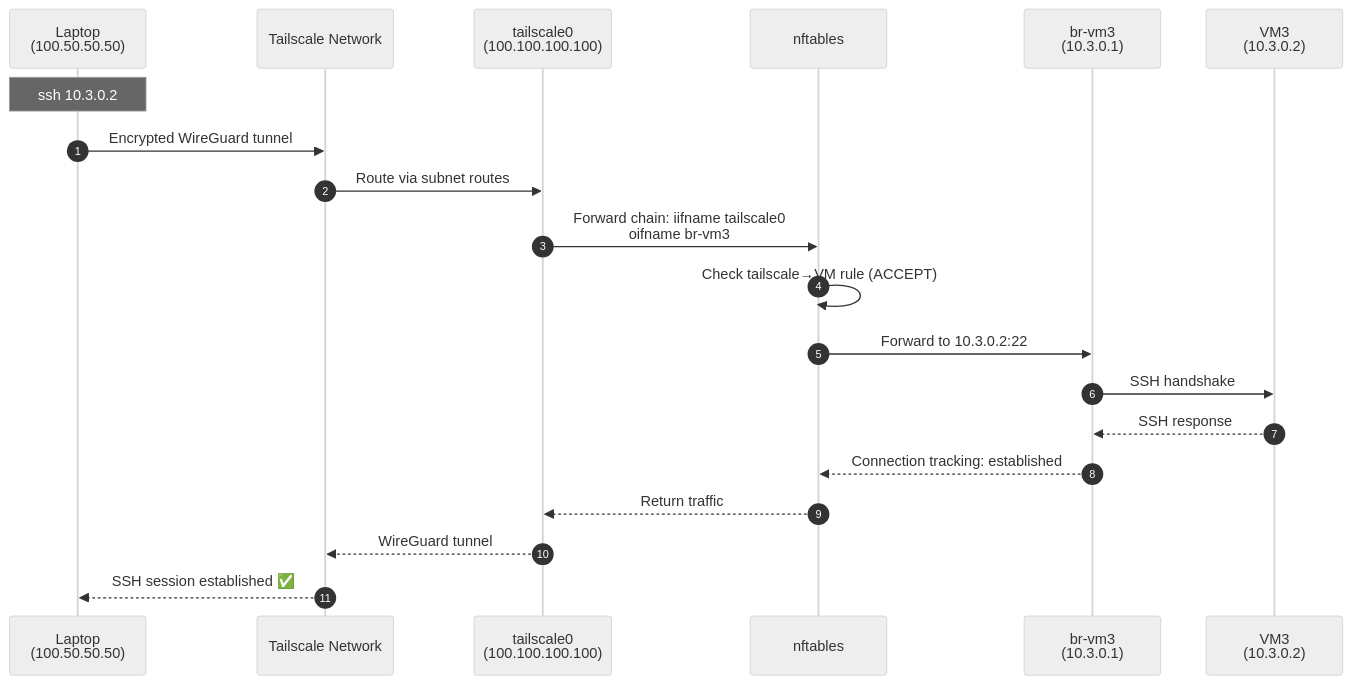
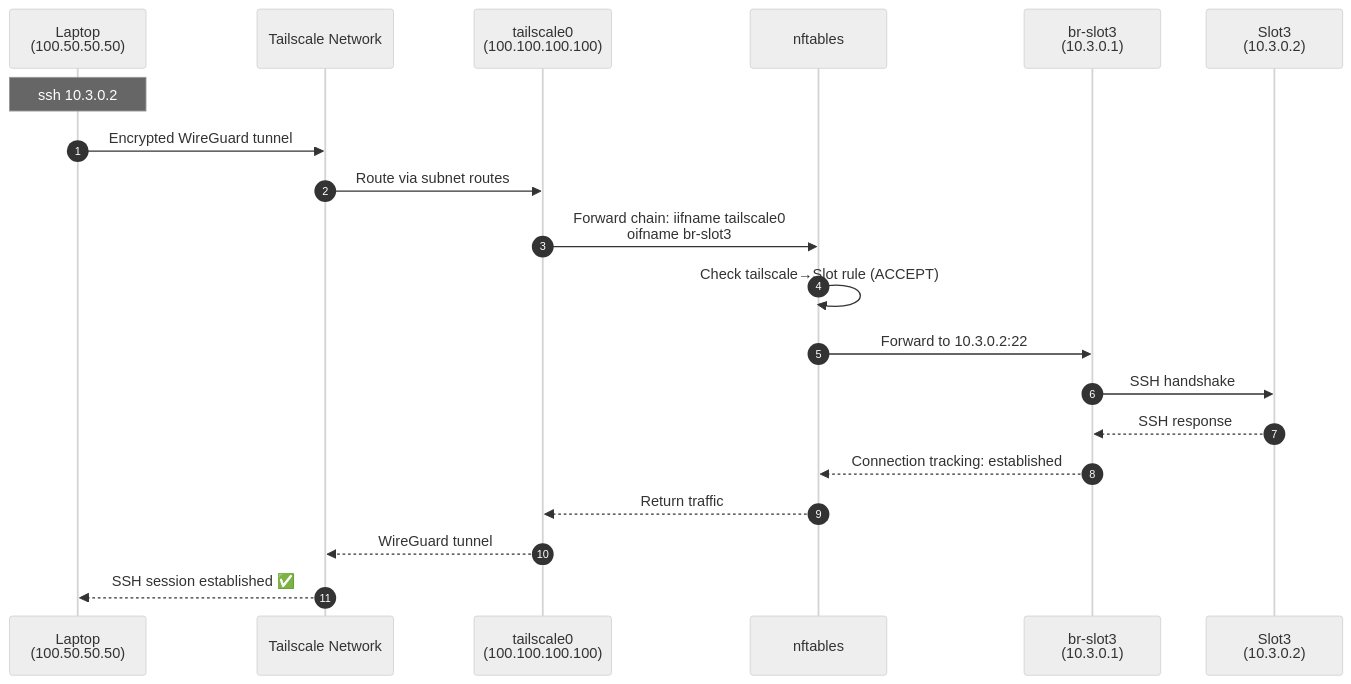
One commit to r33drichards/simple-microvm-infra changed diagram 13 of 15 in NETWORK-TOPOLOGY.md. Above: the diagram before and after it, drawn with Mermaid (neutral theme). The commit also changed other lines of this file and 3 other files, not shown here.

First line of the commit message:
Update documentation for portable state architecture

````diff
--- a/NETWORK-TOPOLOGY.md
+++ b/NETWORK-TOPOLOGY.md
@@ -723,23 +724,23 @@
 ```mermaid
 sequenceDiagram
     autonumber
     participant Laptop as Laptop<br/>(100.50.50.50)
     participant TS as Tailscale Network
     participant HV_TS as tailscale0<br/>(100.100.100.100)
     participant NFT as nftables
-    participant BR3 as br-vm3<br/>(10.3.0.1)
-    participant VM3 as VM3<br/>(10.3.0.2)
+    participant BR3 as br-slot3<br/>(10.3.0.1)
+    participant Slot3 as Slot3<br/>(10.3.0.2)
 
     Note over Laptop: ssh 10.3.0.2
     Laptop->>TS: Encrypted WireGuard tunnel
     TS->>HV_TS: Route via subnet routes
-    HV_TS->>NFT: Forward chain: iifname tailscale0<br/>oifname br-vm3
-    NFT->>NFT: Check tailscale→VM rule (ACCEPT)
+    HV_TS->>NFT: Forward chain: iifname tailscale0<br/>oifname br-slot3
+    NFT->>NFT: Check tailscale→Slot rule (ACCEPT)
     NFT->>BR3: Forward to 10.3.0.2:22
-    BR3->>VM3: SSH handshake
-    VM3-->>BR3: SSH response
+    BR3->>Slot3: SSH handshake
+    Slot3-->>BR3: SSH response
     BR3-->>NFT: Connection tracking: established
     NFT-->>HV_TS: Return traffic
     HV_TS-->>TS: WireGuard tunnel
     TS-->>Laptop: SSH session established ✅
 ```
````
